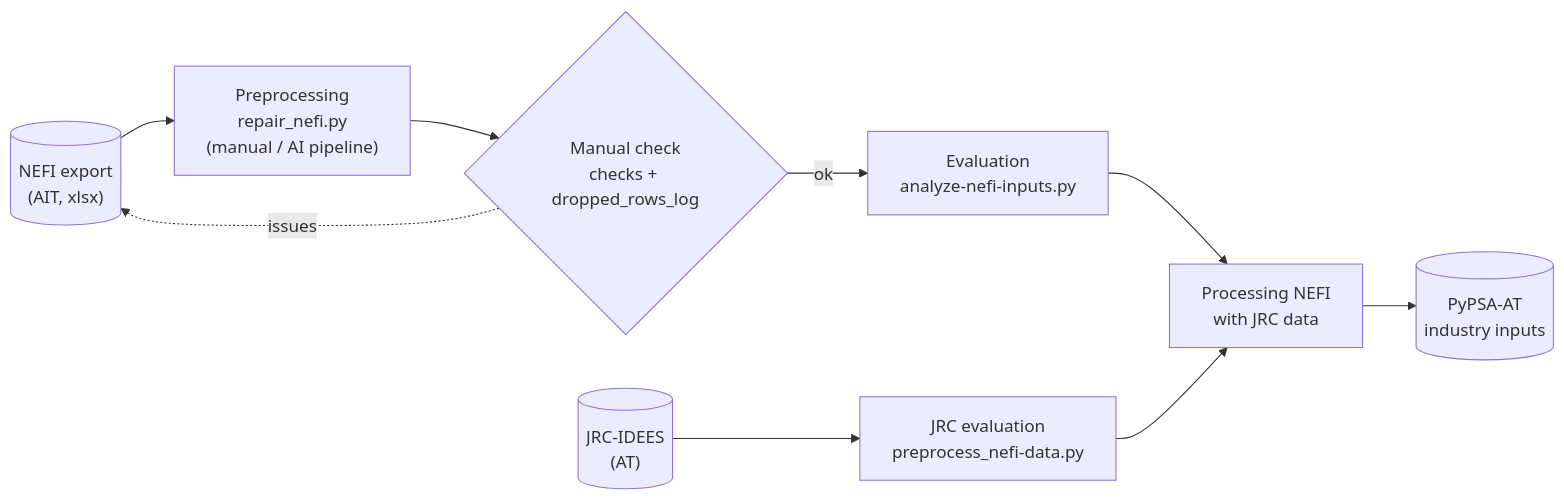
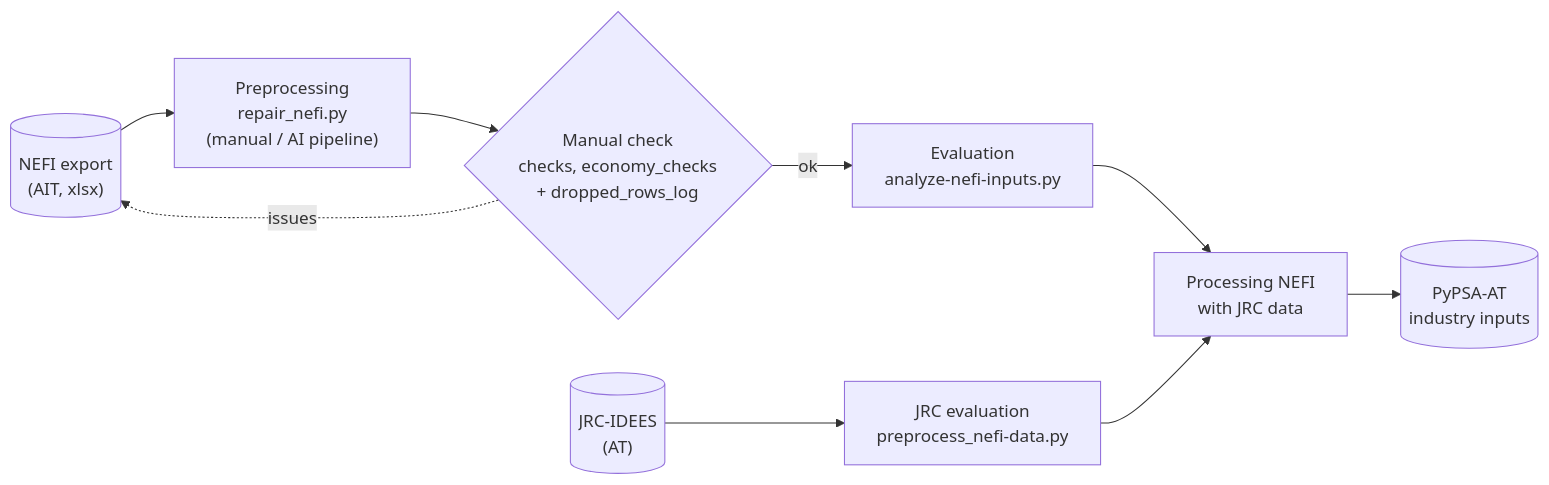
Before and after one commit to inwe-boku/ESM_scenario_preprocessing: the diagram in README.md, drawn with Mermaid. The commit also changed other lines of this file, not shown here.

````diff
--- a/README.md
+++ b/README.md
@@ -60,11 +60,11 @@
 ```mermaid
 flowchart LR
     src[("NEFI export<br/>(AIT, xlsx)")] --> pre["Preprocessing<br/>repair_nefi.py<br/>(manual / AI pipeline)"]
-    pre --> chk{"Manual check<br/>checks + dropped_rows_log"}
+    pre --> chk{"Manual check<br/>checks, economy_checks<br/>+ dropped_rows_log"}
     chk -->|ok| eval["Evaluation<br/>analyze-nefi-inputs.py"]
     chk -.->|issues| src
     jrc[("JRC-IDEES<br/>(AT)")] --> jeval["JRC evaluation<br/>preprocess_nefi-data.py"]
     eval --> proc["Processing NEFI<br/>with JRC data"]
     jeval --> proc
     proc --> out[("PyPSA-AT<br/>industry inputs")]
 ```
````
